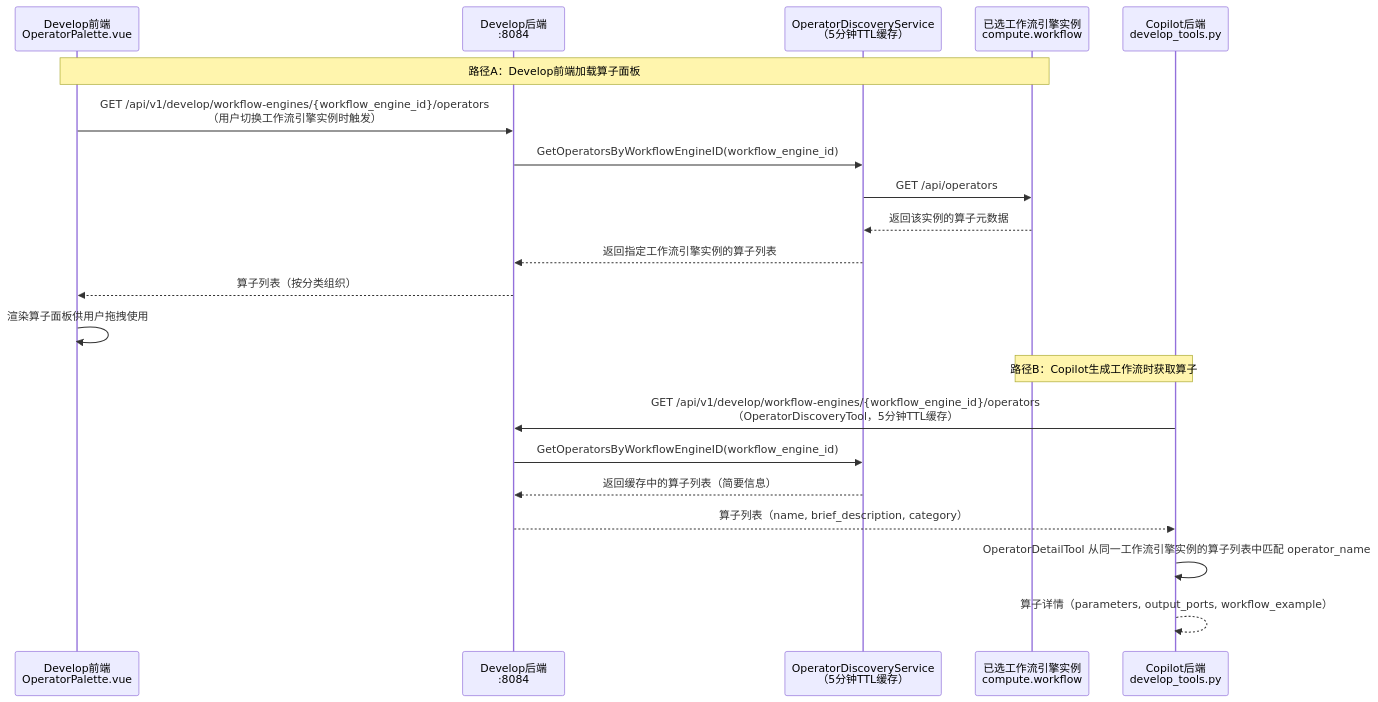
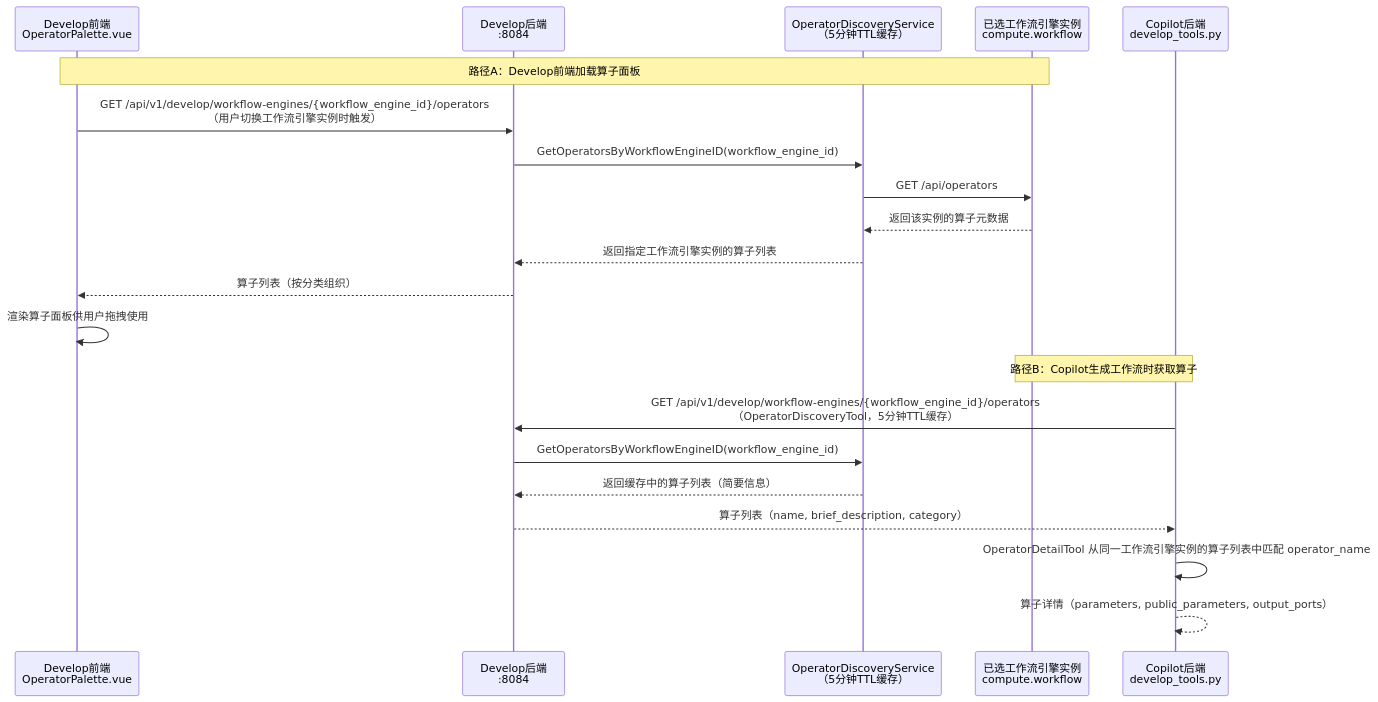
The second of 3 diagrams in copilot/docs/copilot-develop-调用关系说明.md (pampa0629/addp), drawn with Mermaid before and after one commit. The commit also changed other lines of this file and 84 other files, not shown here.

````diff
--- a/copilot/docs/copilot-develop-调用关系说明.md
+++ b/copilot/docs/copilot-develop-调用关系说明.md
@@ -80,28 +82,28 @@
 ```mermaid
 sequenceDiagram
     participant FE as Develop前端<br/>OperatorPalette.vue
     participant DevBE as Develop后端<br/>:8084
     participant DiscSvc as OperatorDiscoveryService<br/>（5分钟TTL缓存）
     participant WorkflowEngine as 已选工作流引擎实例<br/>compute.workflow
     participant Copilot as Copilot后端<br/>develop_tools.py
 
     note over FE,WorkflowEngine: 路径A：Develop前端加载算子面板
     FE->>DevBE: GET /api/v1/develop/workflow-engines/{workflow_engine_id}/operators<br/>（用户切换工作流引擎实例时触发）
     DevBE->>DiscSvc: GetOperatorsByWorkflowEngineID(workflow_engine_id)
 
     DiscSvc->>WorkflowEngine: GET /api/operators
     WorkflowEngine-->>DiscSvc: 返回该实例的算子元数据
 
     DiscSvc-->>DevBE: 返回指定工作流引擎实例的算子列表
     DevBE-->>FE: 算子列表（按分类组织）
     FE->>FE: 渲染算子面板供用户拖拽使用
 
     note over Copilot,WorkflowEngine: 路径B：Copilot生成工作流时获取算子
     Copilot->>DevBE: GET /api/v1/develop/workflow-engines/{workflow_engine_id}/operators<br/>（OperatorDiscoveryTool，5分钟TTL缓存）
     DevBE->>DiscSvc: GetOperatorsByWorkflowEngineID(workflow_engine_id)
     DiscSvc-->>DevBE: 返回缓存中的算子列表（简要信息）
     DevBE-->>Copilot: 算子列表（name, brief_description, category）
 
     Copilot->>Copilot: OperatorDetailTool 从同一工作流引擎实例的算子列表中匹配 operator_name
-    Copilot-->>Copilot: 算子详情（parameters, output_ports, workflow_example）
+    Copilot-->>Copilot: 算子详情（parameters, public_parameters, output_ports）
 ```
````
